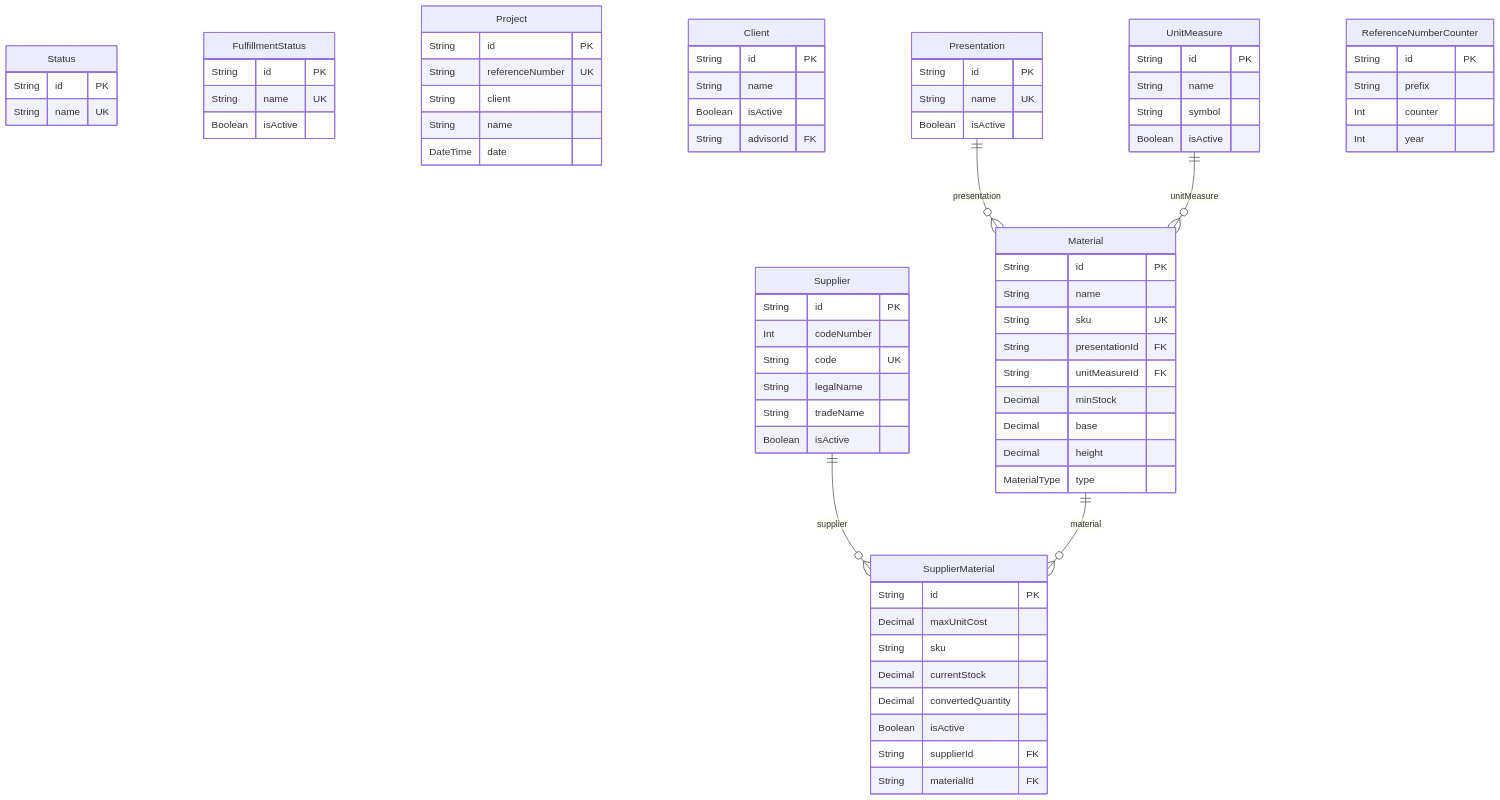
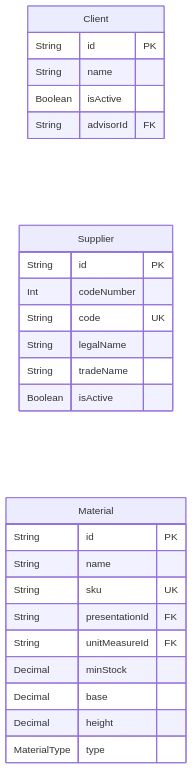
The fifth of 26 diagrams in docs/architecture/views/logical/data-and-persistence/generated/database-schema.md (gpgsistemas01/nexus), drawn with Mermaid before and after one commit. The commit also changed other lines of this file and 198 other files, not shown here.

Commit message:
docs: mejorar notación UML y distribución de diagramas Mermaid

````diff
--- a/docs/architecture/views/logical/data-and-persistence/generated/database-schema.md
+++ b/docs/architecture/views/logical/data-and-persistence/generated/database-schema.md
@@ -77,75 +116,30 @@
 ```mermaid
 erDiagram
-    Status {
-        String id PK
-        String name UK
-    }
-    FulfillmentStatus {
-        String id PK
-        String name UK
-        Boolean isActive
-    }
-    Project {
-        String id PK
-        String referenceNumber UK
-        String client
-        String name
-        DateTime date
-    }
+    direction LR
     Client {
         String id PK
         String name
         Boolean isActive
         String advisorId FK
     }
     Supplier {
         String id PK
         Int codeNumber
         String code UK
         String legalName
         String tradeName
         Boolean isActive
     }
     Material {
         String id PK
         String name
         String sku UK
         String presentationId FK
         String unitMeasureId FK
         Decimal minStock
         Decimal base
         Decimal height
         MaterialType type
     }
-    UnitMeasure {
-        String id PK
-        String name
-        String symbol
-        Boolean isActive
-    }
-    Presentation {
-        String id PK
-        String name UK
-        Boolean isActive
-    }
-    SupplierMaterial {
-        String id PK
-        Decimal maxUnitCost
-        String sku
-        Decimal currentStock
-        Decimal convertedQuantity
-        Boolean isActive
-        String supplierId FK
-        String materialId FK
-    }
-    ReferenceNumberCounter {
-        String id PK
-        String prefix
-        Int counter
-        Int year
-    }
-    Presentation ||--o{ Material : "presentation"
-    UnitMeasure ||--o{ Material : "unitMeasure"
-    Supplier ||--o{ SupplierMaterial : "supplier"
-    Material ||--o{ SupplierMaterial : "material"
+
 ```
````
